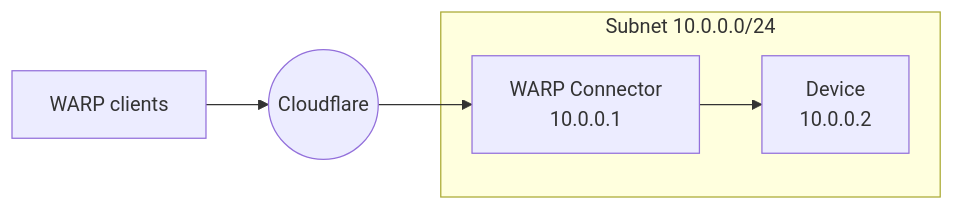
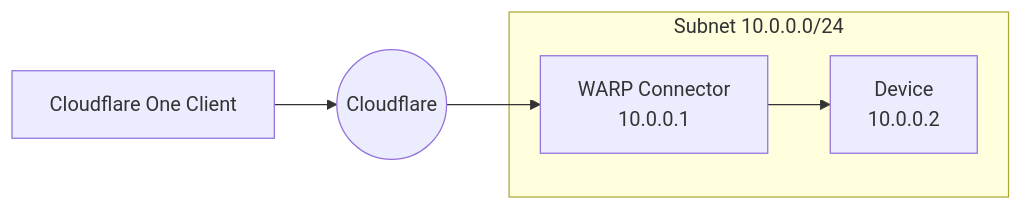
Before and after one commit to rdhanarot/cloudflare-docs: the first of 2 diagrams in src/content/docs/cloudflare-one/networks/connectors/cloudflare-tunnel/private-net/warp-connector/user-to-site.mdx, drawn with Mermaid. The commit also changed other lines of this file and 22 other files, not shown here.

First line of the commit message:
[ZT] WARP Client --> Cloudflare One Client image audit (#29104)

````diff
--- a/src/content/docs/cloudflare-one/networks/connectors/cloudflare-tunnel/private-net/warp-connector/user-to-site.mdx
+++ b/src/content/docs/cloudflare-one/networks/connectors/cloudflare-tunnel/private-net/warp-connector/user-to-site.mdx
@@ -15,11 +15,11 @@
 ```mermaid
     flowchart LR
       subgraph subnet1[Subnet 10.0.0.0/24]
 				router1["WARP Connector
         10.0.0.1"]--> device1["Device
         10.0.0.2"]
       router1["WARP Connector
         10.0.0.1"]
       end
-      W[WARP clients]-->C((Cloudflare))-->router1
+      W[Cloudflare One Client]-->C((Cloudflare))-->router1
 ```
````
